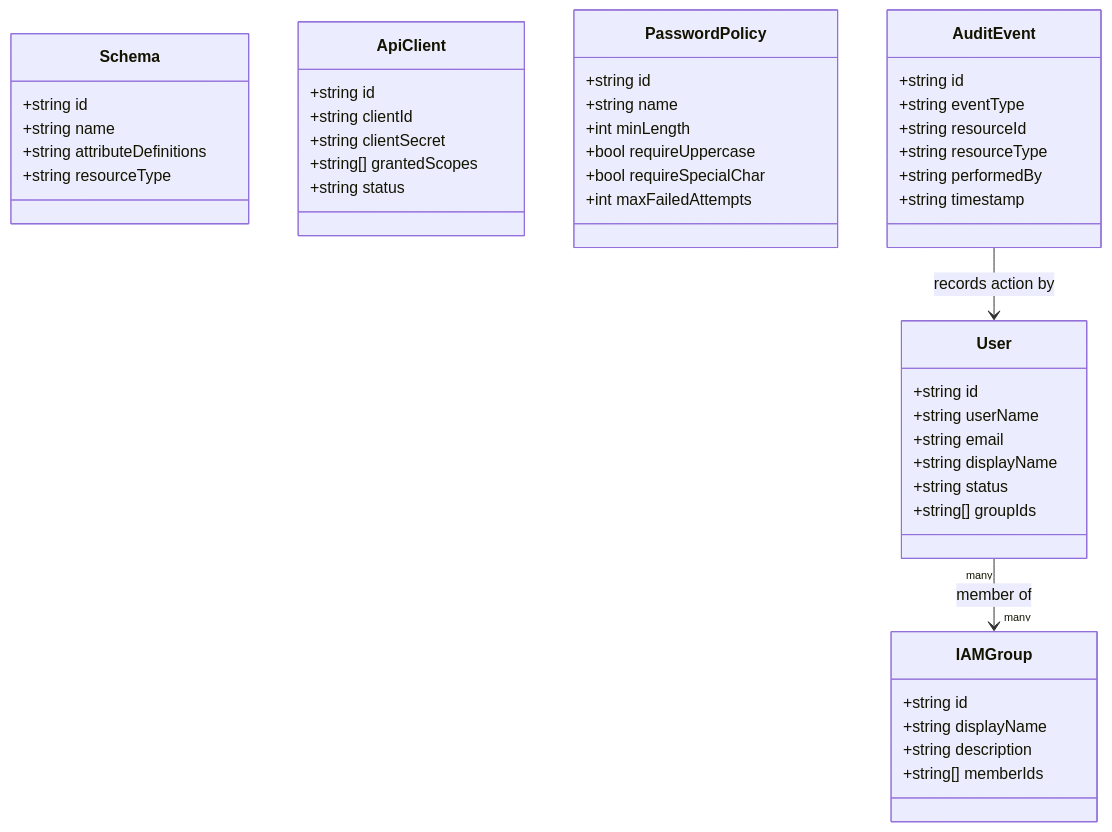
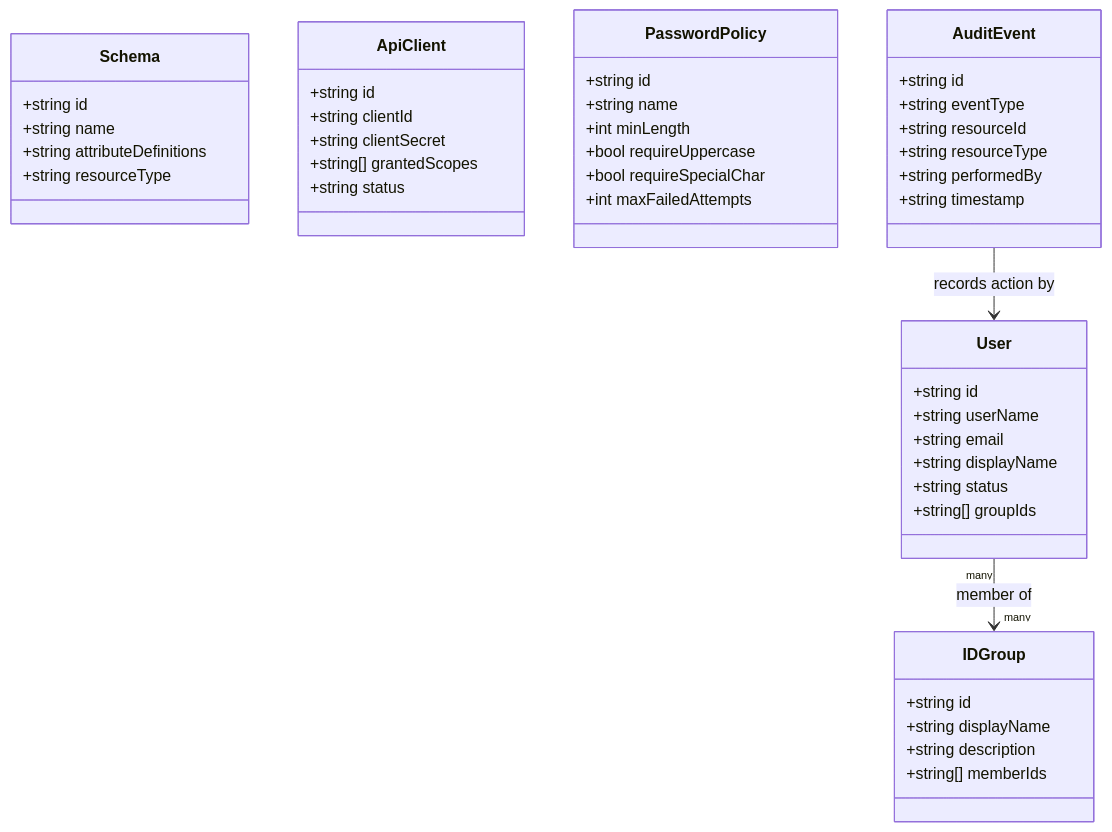
One commit to UIMSolutions/uim-platform changed the first of 3 diagrams in identity-directory/docs/UML.md. Above: the diagram before and after it, drawn with Mermaid. The commit also changed other lines of this file and 35 other files, not shown here.

First line of the commit message:
Refactor IAMGroup to IDGroup across the identity-directory module

````diff
--- a/identity-directory/docs/UML.md
+++ b/identity-directory/docs/UML.md
@@ -5,49 +5,49 @@
 ```mermaid
 classDiagram
     class User {
         +string id
         +string userName
         +string email
         +string displayName
         +string status
         +string[] groupIds
     }
-    class IAMGroup {
+    class IDGroup {
         +string id
         +string displayName
         +string description
         +string[] memberIds
     }
     class Schema {
         +string id
         +string name
         +string attributeDefinitions
         +string resourceType
     }
     class ApiClient {
         +string id
         +string clientId
         +string clientSecret
         +string[] grantedScopes
         +string status
     }
     class PasswordPolicy {
         +string id
         +string name
         +int minLength
         +bool requireUppercase
         +bool requireSpecialChar
         +int maxFailedAttempts
     }
     class AuditEvent {
         +string id
         +string eventType
         +string resourceId
         +string resourceType
         +string performedBy
         +string timestamp
     }
 
-    User "many" --> "many" IAMGroup : member of
+    User "many" --> "many" IDGroup : member of
     AuditEvent --> User : records action by
 ```
````
